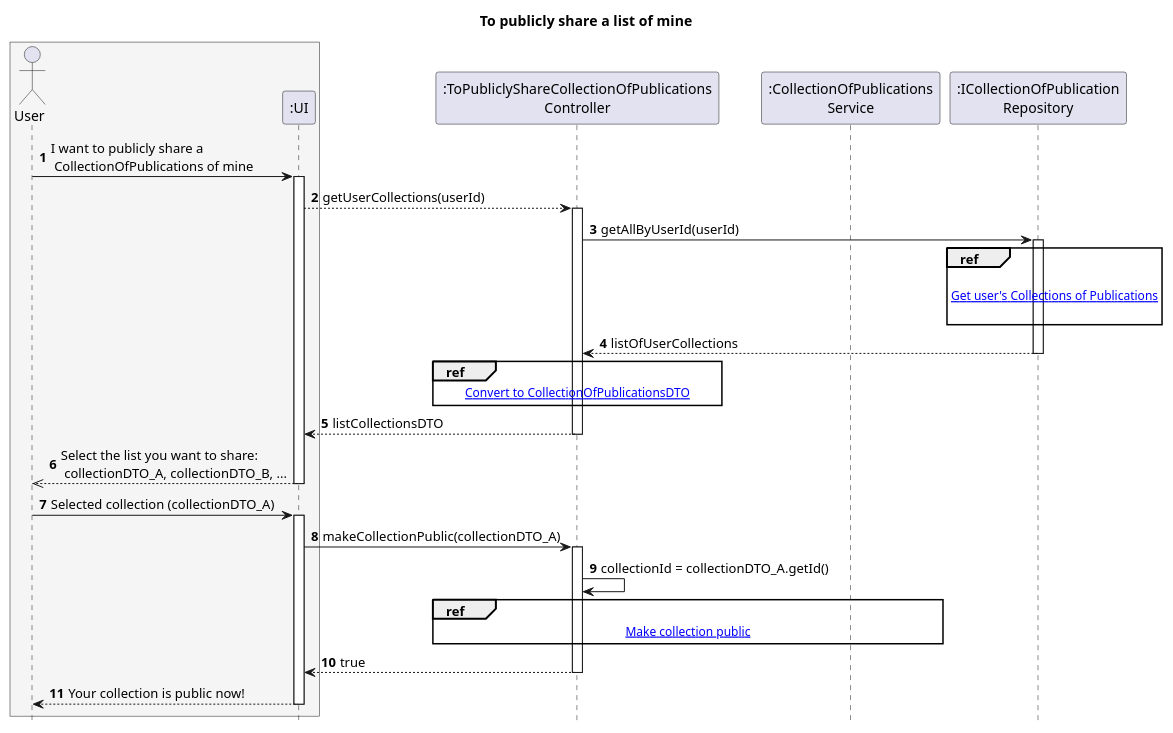
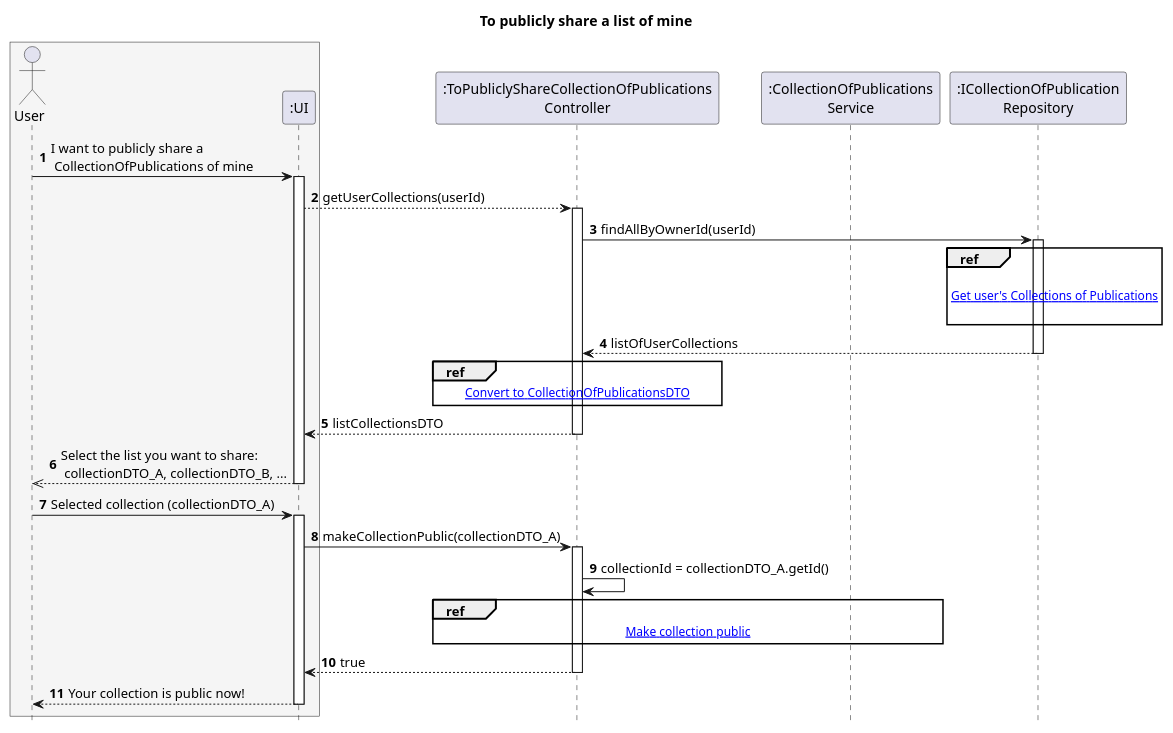
Before and after one commit to AndrePereiraGitH/SWitCH-Project-Team_A: the diagram in Diagrams/SequenceDiagrams/N2/To-publicly-share-collection-of-publications/Main-diagram-To-publicly-share-a-list.puml, drawn with PlantUML. The commit also changed 1 other file, not shown here.

Commit message:
docs #770: update diagram to reflect the implemnetation

```diff
--- a/Diagrams/SequenceDiagrams/N2/To-publicly-share-collection-of-publications/Main-diagram-To-publicly-share-a-list.puml
+++ b/Diagrams/SequenceDiagrams/N2/To-publicly-share-collection-of-publications/Main-diagram-To-publicly-share-a-list.puml
@@ -1,86 +1,86 @@
 @startuml
 
 hide footbox
 autonumber
 
 title To publicly share a list of mine
 
 box #WhiteSmoke
 actor User
 participant ":UI" as UI
 end box
 
 participant ":ToPubliclyShareCollectionOfPublications\nController" as Controller
 
 participant ":CollectionOfPublications\nService" as service
 
 participant ":ICollectionOfPublication\nRepository" as CollectionRepository
 
 
 
 
 
 
 
 
 
 ' == Section 1 - get user colllections ==
 
 User -> UI : I want to publicly share a \n CollectionOfPublications of mine
 activate UI
 UI --> Controller: getUserCollections(userId)
 
 activate Controller
 
-Controller -> CollectionRepository: getAllByUserId(userId)
+Controller -> CollectionRepository: findAllByOwnerId(userId)
 activate CollectionRepository
 
 ref over CollectionRepository
 
 [[2.Get-user-collections.puml Get user's Collections of Publications]]
 
 end ref
 
 CollectionRepository --> Controller: listOfUserCollections
 deactivate CollectionRepository
 
 ref over Controller
 [[3.Convert-to-dto.puml Convert to CollectionOfPublicationsDTO]]
 end ref
 
 
 
 Controller --> UI : listCollectionsDTO
 deactivate Controller
 
 
 
 
 
 UI -->> User : Select the list you want to share:\n collectionDTO_A, collectionDTO_B, ...
 deactivate UI
 
 ' == Section 2 - Make collection public ==
 User -> UI : Selected collection (collectionDTO_A)
 activate UI
 UI -> Controller : makeCollectionPublic(collectionDTO_A)
 
 activate Controller
 
 Controller -> Controller : collectionId = collectionDTO_A.getId()
 
 'ref over Controller, service
 '[[4.Find-collection-by-id.puml Find collection by id]]
 'end ref
 
 ref over Controller, service
 [[5.Make-collection-public.puml Make collection public]]
 end ref
 
 Controller --> UI : true
 deactivate Controller
 
 UI --> User: Your collection is public now!
 deactivate UI
 
 @enduml
```
